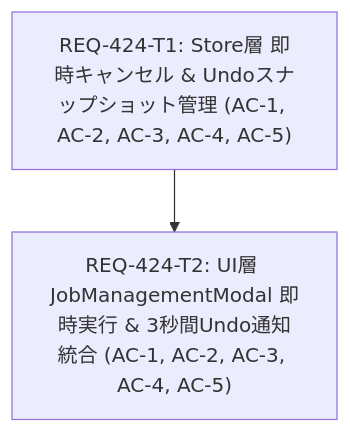
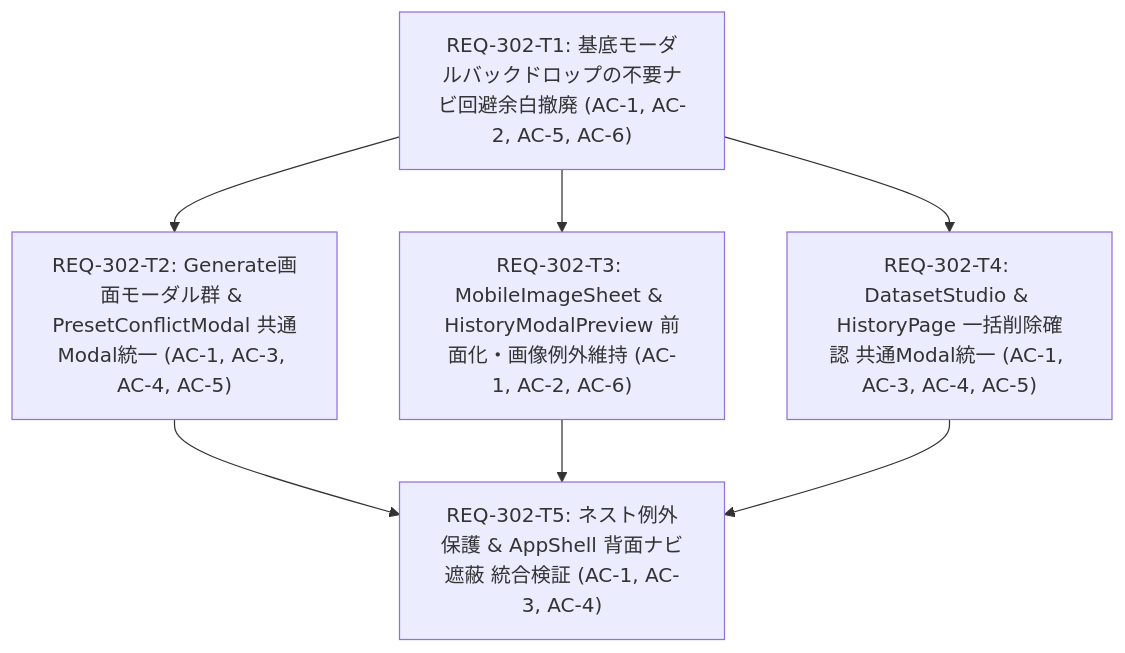
The diagram in implementation_plan.md (TAKE4548/comfy-create-helper2), drawn with Mermaid before and after one commit. The commit also changed other lines of this file and 33 other files, not shown here.

Commit message:
feat(mobile-layout): 未統一オーバーレイの前面化と不要なナビ回避余白の解消 (REQ-302)

````diff
--- a/implementation_plan.md
+++ b/implementation_plan.md
@@ -52,7 +88,15 @@
 ```mermaid
 graph TD
-  REQ-424-T1["REQ-424-T1: Store層 即時キャンセル & Undoスナップショット管理 (AC-1, AC-2, AC-3, AC-4, AC-5)"]
-  REQ-424-T2["REQ-424-T2: UI層 JobManagementModal 即時実行 & 3秒間Undo通知統合 (AC-1, AC-2, AC-3, AC-4, AC-5)"]
+  REQ-302-T1["REQ-302-T1: 基底モーダルバックドロップの不要ナビ回避余白撤廃 (AC-1, AC-2, AC-5, AC-6)"]
+  REQ-302-T2["REQ-302-T2: Generate画面モーダル群 & PresetConflictModal 共通Modal統一 (AC-1, AC-3, AC-4, AC-5)"]
+  REQ-302-T3["REQ-302-T3: MobileImageSheet & HistoryModalPreview 前面化・画像例外維持 (AC-1, AC-2, AC-6)"]
+  REQ-302-T4["REQ-302-T4: DatasetStudio & HistoryPage 一括削除確認 共通Modal統一 (AC-1, AC-3, AC-4, AC-5)"]
+  REQ-302-T5["REQ-302-T5: ネスト例外保護 & AppShell 背面ナビ遮蔽 統合検証 (AC-1, AC-3, AC-4)"]
 
-  REQ-424-T1 --> REQ-424-T2
+  REQ-302-T1 --> REQ-302-T2
+  REQ-302-T1 --> REQ-302-T3
+  REQ-302-T1 --> REQ-302-T4
+  REQ-302-T2 --> REQ-302-T5
+  REQ-302-T3 --> REQ-302-T5
+  REQ-302-T4 --> REQ-302-T5
 ```
````
